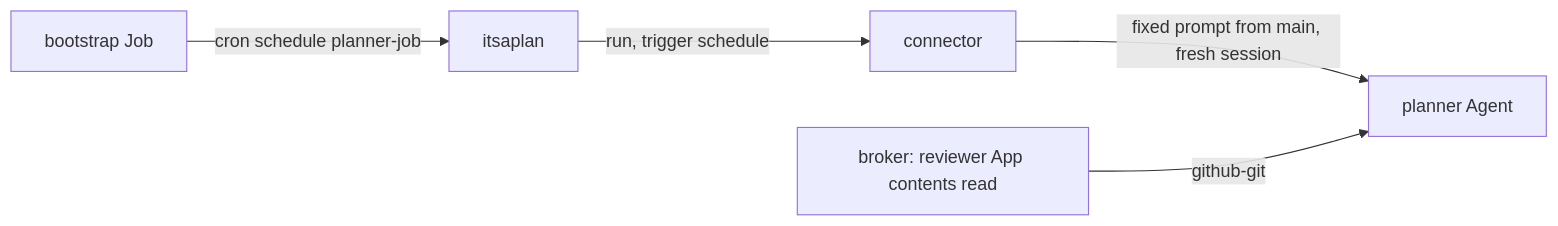
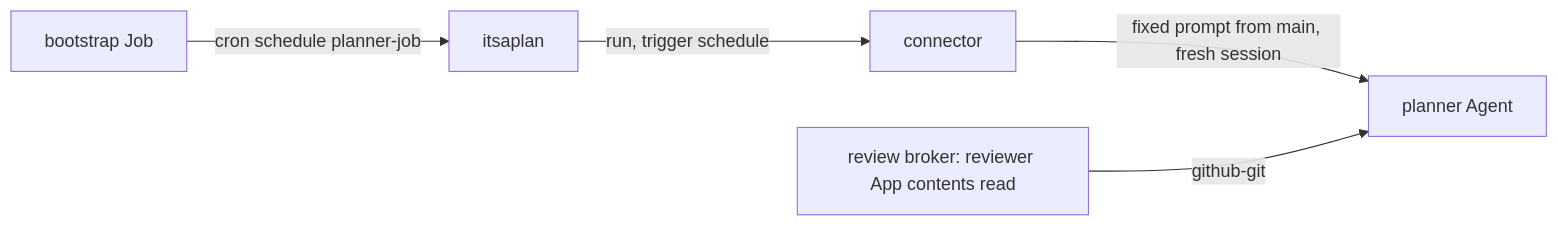
Before and after one commit to jomcgi-org/homelab: the fifth of 6 diagrams in projects/factory/ARCHITECTURE.md, drawn with Mermaid. The commit also changed other lines of this file and 8 other files, not shown here.

First line of the commit message:
fix(factory): mint the planner's read token in the review broker

````diff
--- a/projects/factory/ARCHITECTURE.md
+++ b/projects/factory/ARCHITECTURE.md
@@ -1021,7 +1021,7 @@
 ```mermaid
 flowchart LR
   B[bootstrap Job] -->|cron schedule planner-job| I[itsaplan]
   I -->|run, trigger schedule| C[connector]
   C -->|fixed prompt from main, fresh session| P[planner Agent]
-  R[broker: reviewer App contents read] -->|github-git| P
+  R[review broker: reviewer App contents read] -->|github-git| P
 ```
````
